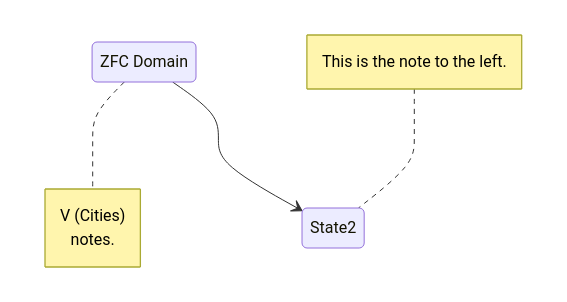
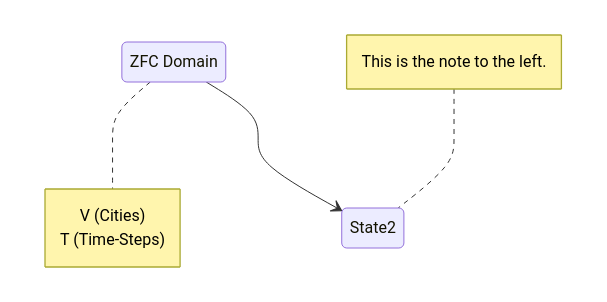
Before and after one commit to roguemage-cyberzen/Reasoning-Engine: the diagram in problems/python/ImplementationGuideTSP.md, drawn with Mermaid.

````diff
--- a/problems/python/ImplementationGuideTSP.md
+++ b/problems/python/ImplementationGuideTSP.md
@@ -15,10 +15,10 @@
 ```mermaid
     stateDiagram-v2
         State1: ZFC Domain
         note right of State1
             V (Cities)
-            notes.
+            T (Time-Steps)
         end note
         State1 --> State2
         note left of State2 : This is the note to the left.
 ```
````
